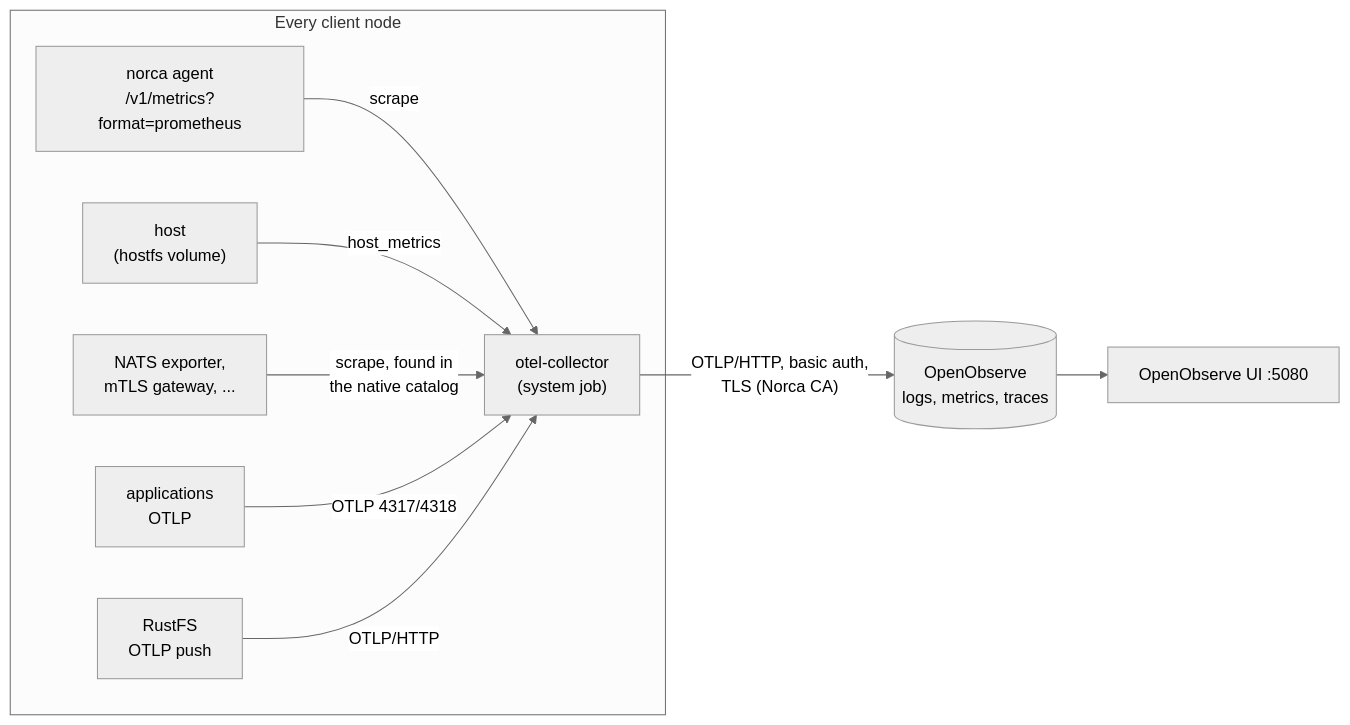
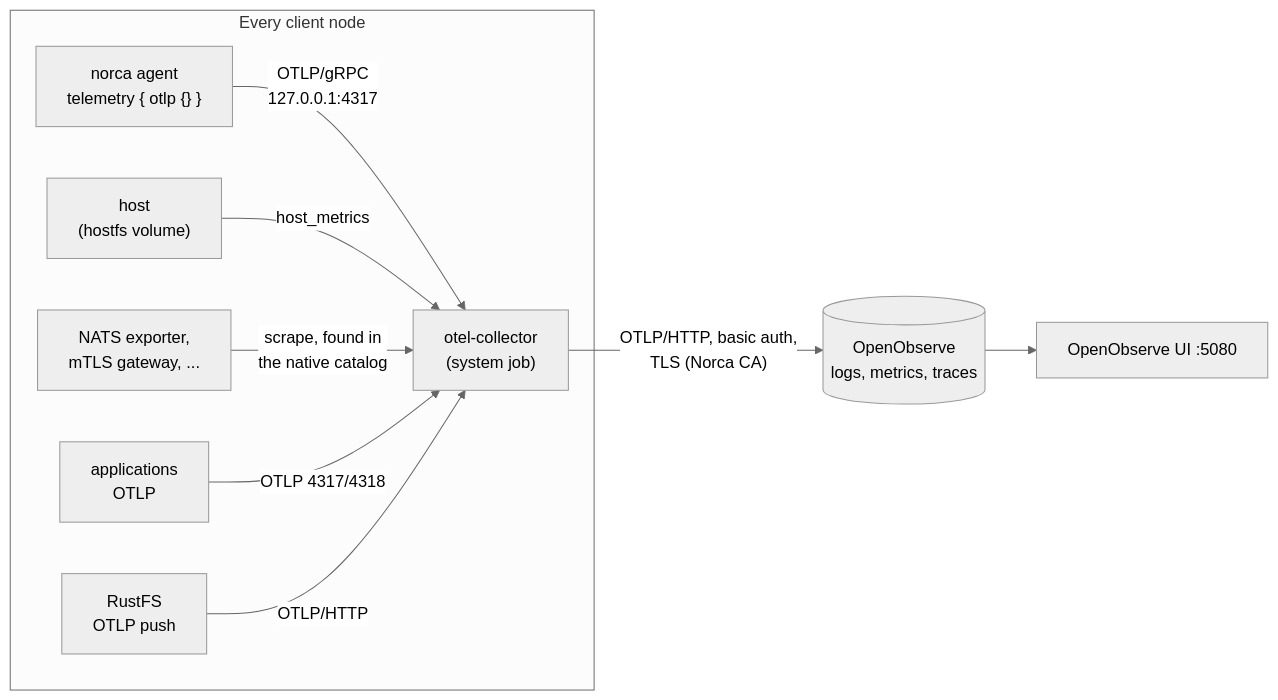
Before and after one commit to bacanoo-io/norca-doc: the diagram in content/docs/operations/monitoring.md, drawn with Mermaid (neutral theme). The commit also changed other lines of this file and 9 other files, not shown here.

````diff
--- a/content/docs/operations/monitoring.md
+++ b/content/docs/operations/monitoring.md
@@ -115,18 +160,18 @@
 ```mermaid
 flowchart LR
   subgraph node["Every client node"]
-    AG["norca agent<br/>/v1/metrics?format=prometheus"]
+    AG["norca agent<br/>telemetry { otlp {} }"]
     HOST["host<br/>(hostfs volume)"]
     APP["applications<br/>OTLP"]
     NX["NATS exporter,<br/>mTLS gateway, ..."]
     RFS["RustFS<br/>OTLP push"]
     COL["otel-collector<br/>(system job)"]
   end
-  AG -- "scrape" --> COL
+  AG -- "OTLP/gRPC<br/>127.0.0.1:4317" --> COL
   HOST -- "host_metrics" --> COL
   NX -- "scrape, found in<br/>the native catalog" --> COL
   APP -- "OTLP 4317/4318" --> COL
   RFS -- "OTLP/HTTP" --> COL
   COL -- "OTLP/HTTP, basic auth,<br/>TLS (Norca CA)" --> OO[("OpenObserve<br/>logs, metrics, traces")]
   OO --> UI["OpenObserve UI :5080"]
 ```
````
